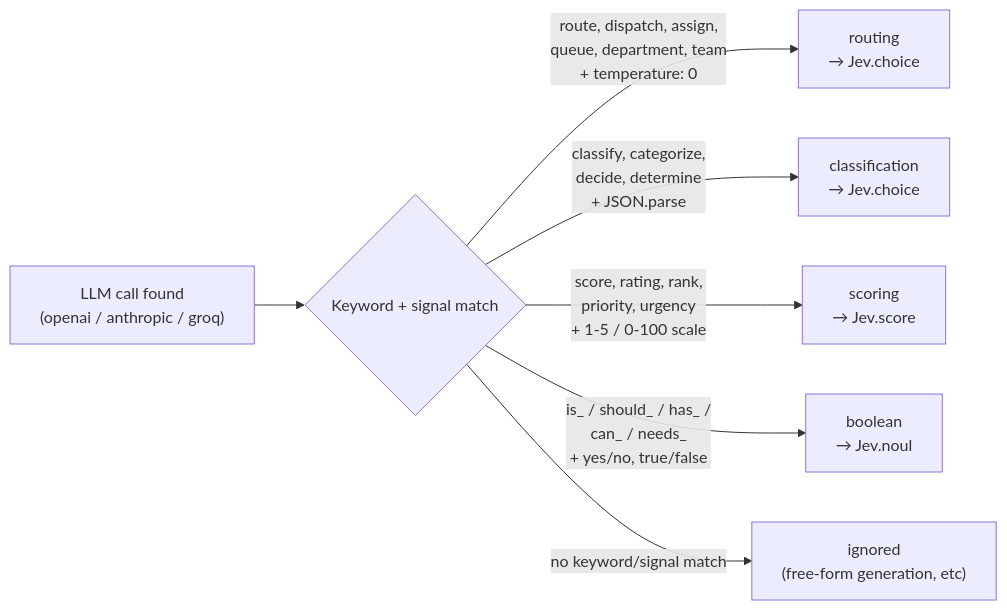
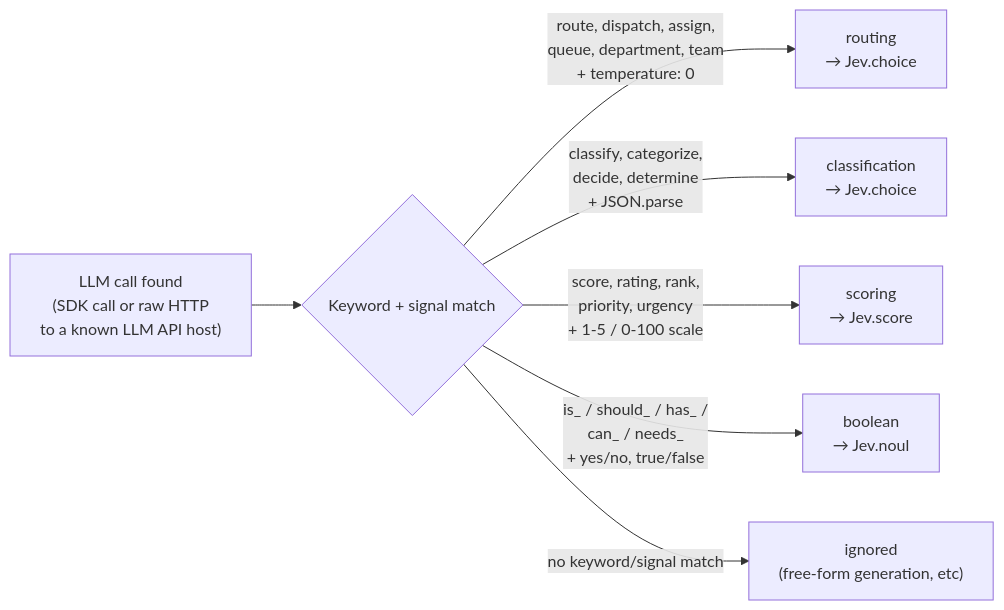
One commit to akanthed/jev-migrate changed the third of 5 diagrams in README.md. Above: the diagram before and after it, drawn with Mermaid. The commit also changed other lines of this file and 9 other files, not shown here.

First line of the commit message:
Broaden detector to more LLM providers and raw HTTP calls

````diff
--- a/README.md
+++ b/README.md
@@ -67,9 +67,9 @@
 ```mermaid
 flowchart LR
-    A["LLM call found\n(openai / anthropic / groq)"] --> B{Keyword + signal match}
+    A["LLM call found\n(SDK call or raw HTTP\nto a known LLM API host)"] --> B{Keyword + signal match}
     B -->|route, dispatch, assign,\nqueue, department, team\n+ temperature: 0| C["routing\n→ Jev.choice"]
     B -->|classify, categorize,\ndecide, determine\n+ JSON.parse| D["classification\n→ Jev.choice"]
     B -->|score, rating, rank,\npriority, urgency\n+ 1-5 / 0-100 scale| E["scoring\n→ Jev.score"]
     B -->|is_ / should_ / has_ /\ncan_ / needs_\n+ yes/no, true/false| F["boolean\n→ Jev.noul"]
     B -->|no keyword/signal match| G["ignored\n(free-form generation, etc)"]
 ```
````
